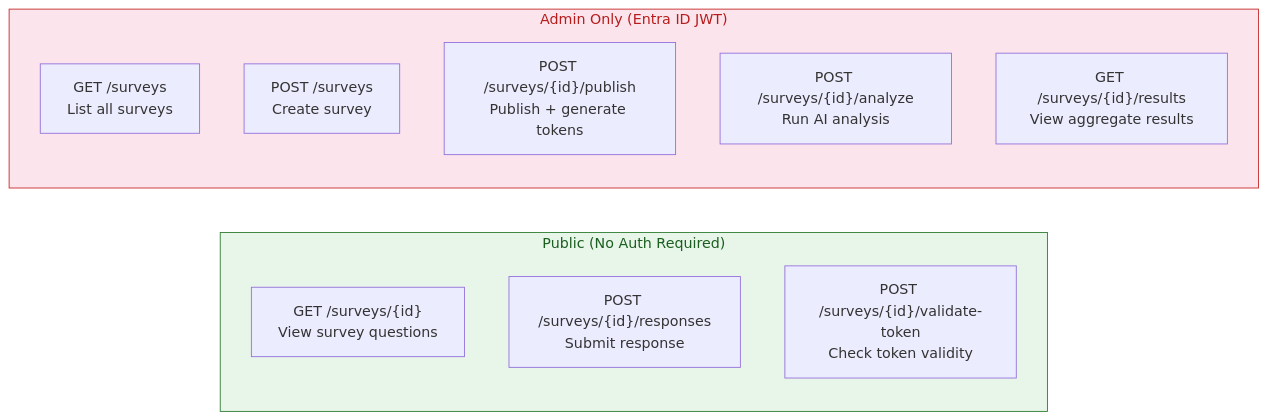
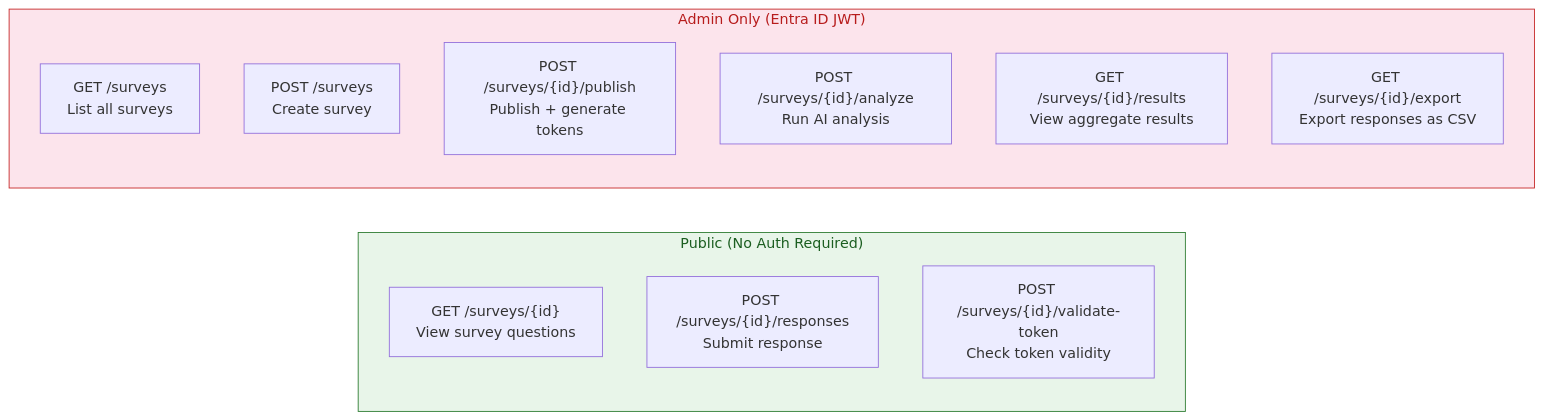
Before and after one commit to asachs/candour: the third of 3 diagrams in docs/ANONYMITY.md, drawn with Mermaid. The commit also changed other lines of this file and 24 other files, not shown here.

First line of the commit message:
feat: add consent gate, engineering mode, CSV export, and GitHub footer

````diff
--- a/docs/ANONYMITY.md
+++ b/docs/ANONYMITY.md
@@ -100,21 +127,22 @@
 ```mermaid
 flowchart LR
     subgraph Public["Public (No Auth Required)"]
         direction TB
         A["GET /surveys/{id}<br/>View survey questions"]
         B["POST /surveys/{id}/responses<br/>Submit response"]
         C["POST /surveys/{id}/validate-token<br/>Check token validity"]
     end
 
     subgraph Admin["Admin Only (Entra ID JWT)"]
         direction TB
         D["GET /surveys<br/>List all surveys"]
         E["POST /surveys<br/>Create survey"]
         F["POST /surveys/{id}/publish<br/>Publish + generate tokens"]
         G["POST /surveys/{id}/analyze<br/>Run AI analysis"]
         H["GET /surveys/{id}/results<br/>View aggregate results"]
+        I["GET /surveys/{id}/export<br/>Export responses as CSV"]
     end
 
     style Public fill:#e8f5e9,stroke:#2e7d32,color:#1b5e20
     style Admin fill:#fce4ec,stroke:#c62828,color:#b71c1c
 ```
````
